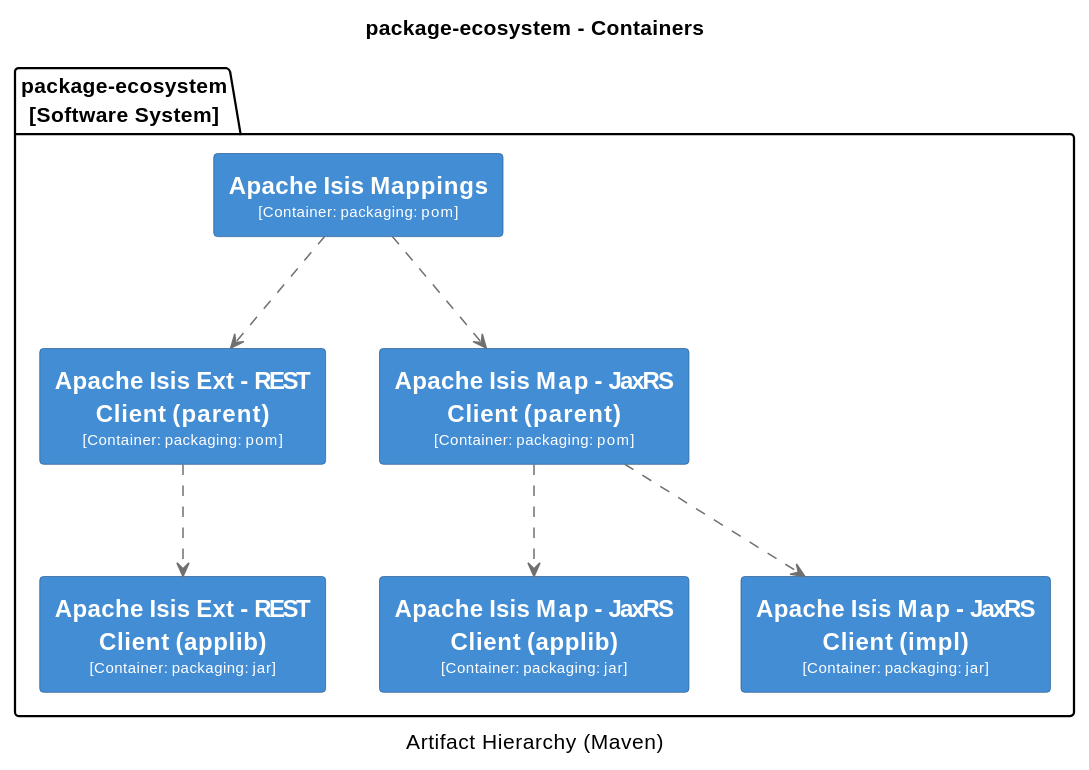
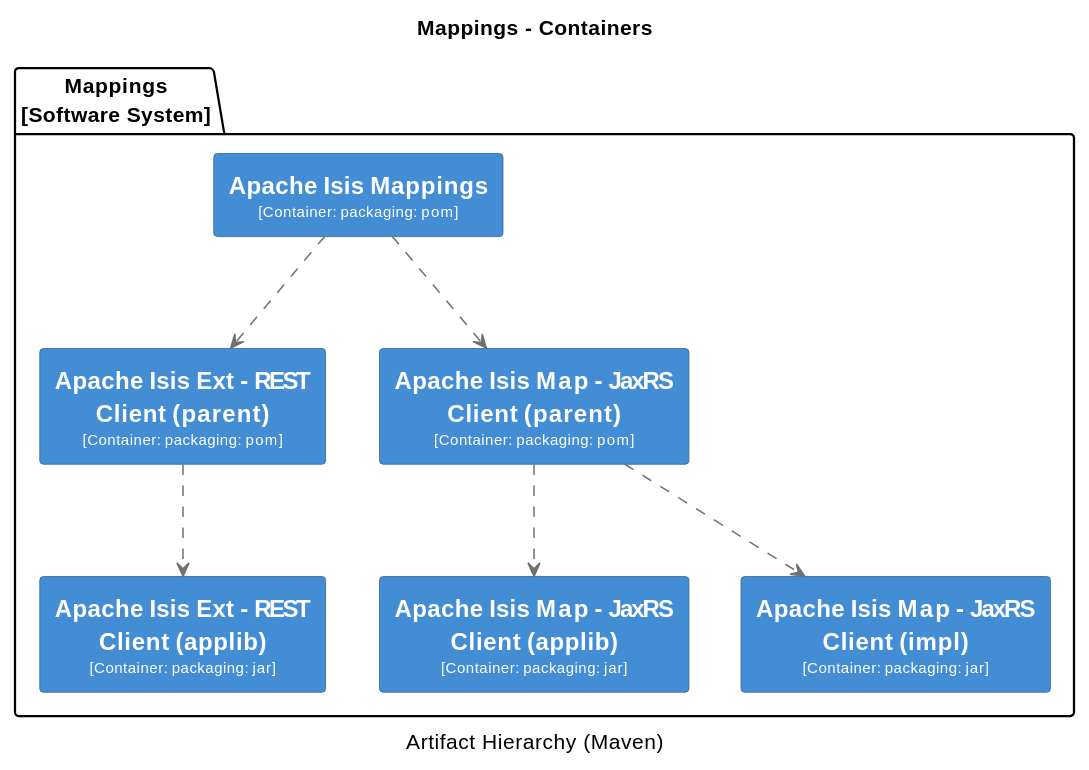
One commit to apache/causeway changed the sixth of 18 diagrams in antora/components/system/modules/ROOT/pages/system-overview.adoc. Above: the diagram before and after it, drawn with PlantUML. The commit also changed other lines of this file and 1 other file, not shown here.

Commit message:
ISIS-2473: system overview: more meaningful diagram titles

```diff
--- a/antora/components/system/modules/ROOT/pages/system-overview.adoc
+++ b/antora/components/system/modules/ROOT/pages/system-overview.adoc
@@ -892,59 +892,59 @@
 [plantuml,Mappings,svg]
 ----
 @startuml(id=Mappings)
-title package-ecosystem - Containers
+title Mappings - Containers
 caption Artifact Hierarchy (Maven)
 
 skinparam {
   shadowing false
   arrowFontSize 10
   defaultTextAlignment center
   wrapWidth 200
   maxMessageSize 100
 }
 hide stereotype
 skinparam rectangle<<2>> {
   BackgroundColor #438dd5
   FontColor #fffffe
   BorderColor #2E6295
 }
 skinparam rectangle<<3>> {
   BackgroundColor #438dd5
   FontColor #fffffe
   BorderColor #2E6295
 }
 skinparam rectangle<<4>> {
   BackgroundColor #438dd5
   FontColor #fffffe
   BorderColor #2E6295
 }
 skinparam rectangle<<5>> {
   BackgroundColor #438dd5
   FontColor #fffffe
   BorderColor #2E6295
 }
 skinparam rectangle<<6>> {
   BackgroundColor #438dd5
   FontColor #fffffe
   BorderColor #2E6295
 }
 skinparam rectangle<<7>> {
   BackgroundColor #438dd5
   FontColor #fffffe
   BorderColor #2E6295
 }
-package "package-ecosystem\n[Software System]" {
+package "Mappings\n[Software System]" {
   rectangle "==Apache Isis Ext - REST Client (applib)\n<size:10>[Container: packaging: jar]</size>" <<7>> as 7
   rectangle "==Apache Isis Ext - REST Client (parent)\n<size:10>[Container: packaging: pom]</size>" <<6>> as 6
   rectangle "==Apache Isis Map - JaxRS Client (applib)\n<size:10>[Container: packaging: jar]</size>" <<4>> as 4
   rectangle "==Apache Isis Map - JaxRS Client (impl)\n<size:10>[Container: packaging: jar]</size>" <<5>> as 5
   rectangle "==Apache Isis Map - JaxRS Client (parent)\n<size:10>[Container: packaging: pom]</size>" <<3>> as 3
   rectangle "==Apache Isis Mappings\n<size:10>[Container: packaging: pom]</size>" <<2>> as 2
 }
 6 .[#707070].> 7 : ""
 3 .[#707070].> 4 : ""
 3 .[#707070].> 5 : ""
 2 .[#707070].> 6 : ""
 2 .[#707070].> 3 : ""
 @enduml
 ----
```
